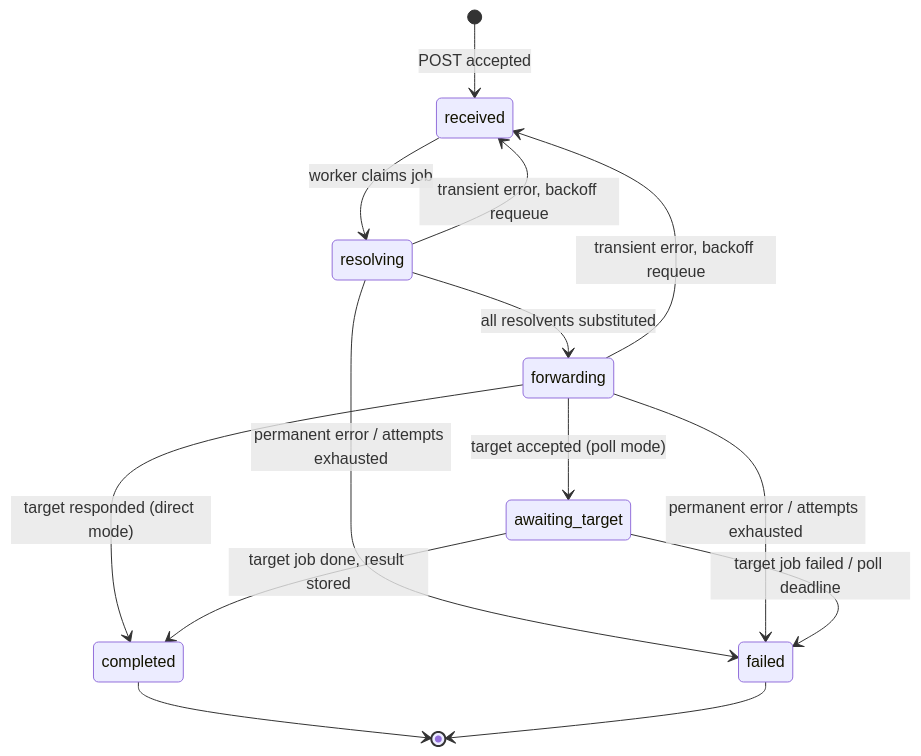
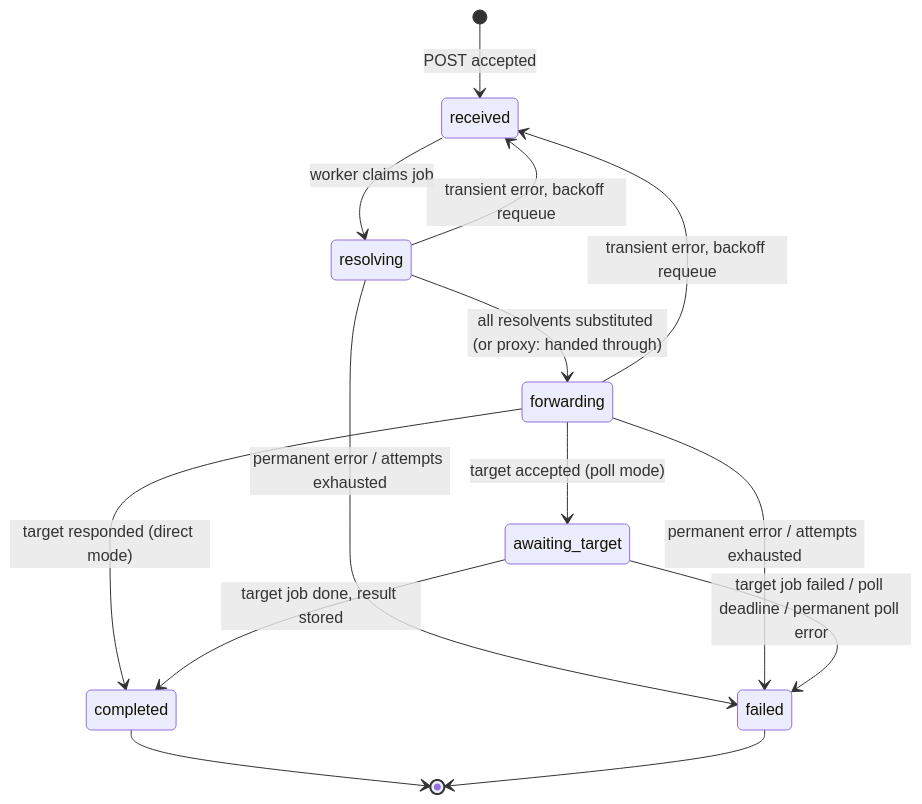
One commit to enerplanet/TentaCron changed the second of 2 diagrams in docs/architecture.md. Above: the diagram before and after it, drawn with Mermaid. The commit also changed other lines of this file and 6 other files, not shown here.

````diff
--- a/docs/architecture.md
+++ b/docs/architecture.md
@@ -25,16 +25,16 @@
 ```mermaid
 stateDiagram-v2
     [*] --> received: POST accepted
     received --> resolving: worker claims job
-    resolving --> forwarding: all resolvents substituted
+    resolving --> forwarding: all resolvents substituted (or proxy: handed through)
     forwarding --> awaiting_target: target accepted (poll mode)
     forwarding --> completed: target responded (direct mode)
     awaiting_target --> completed: target job done, result stored
     resolving --> received: transient error, backoff requeue
     forwarding --> received: transient error, backoff requeue
     resolving --> failed: permanent error / attempts exhausted
     forwarding --> failed: permanent error / attempts exhausted
-    awaiting_target --> failed: target job failed / poll deadline
+    awaiting_target --> failed: target job failed / poll deadline / permanent poll error
     completed --> [*]
     failed --> [*]
 ```
````
